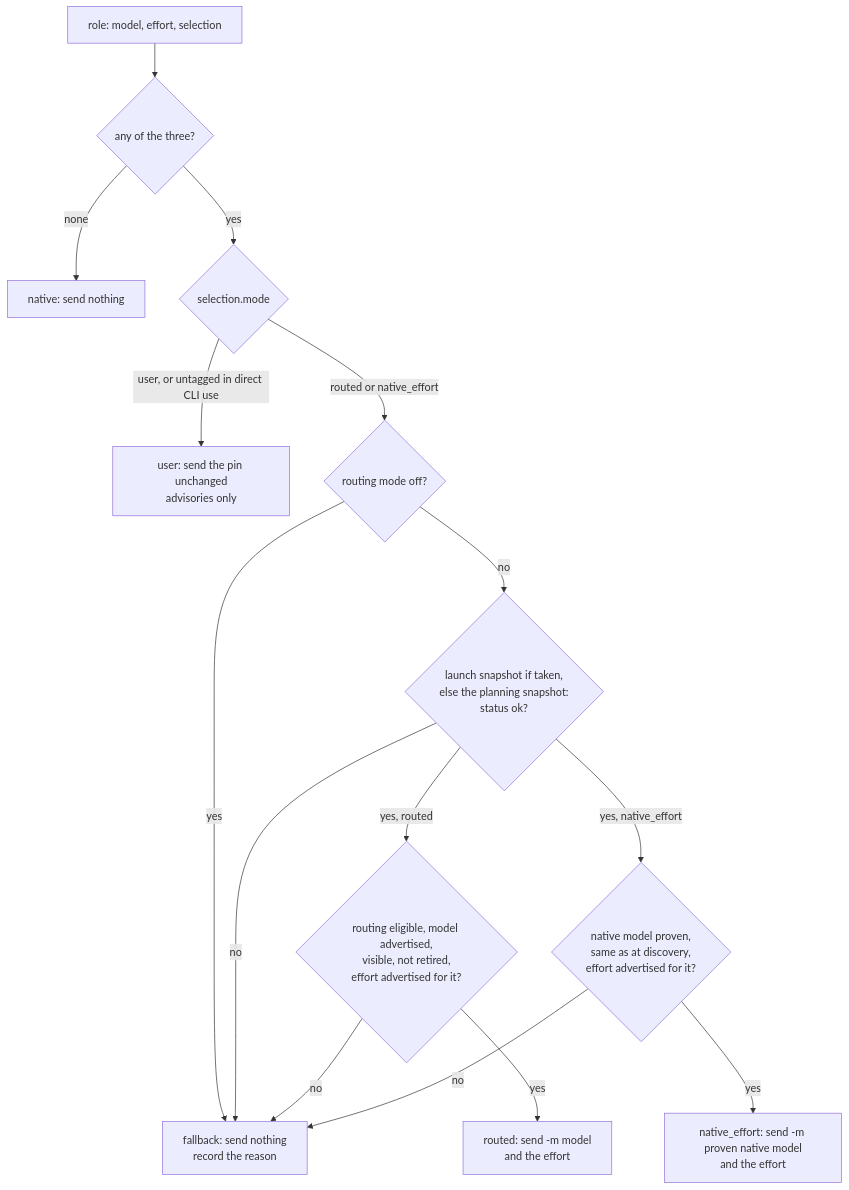
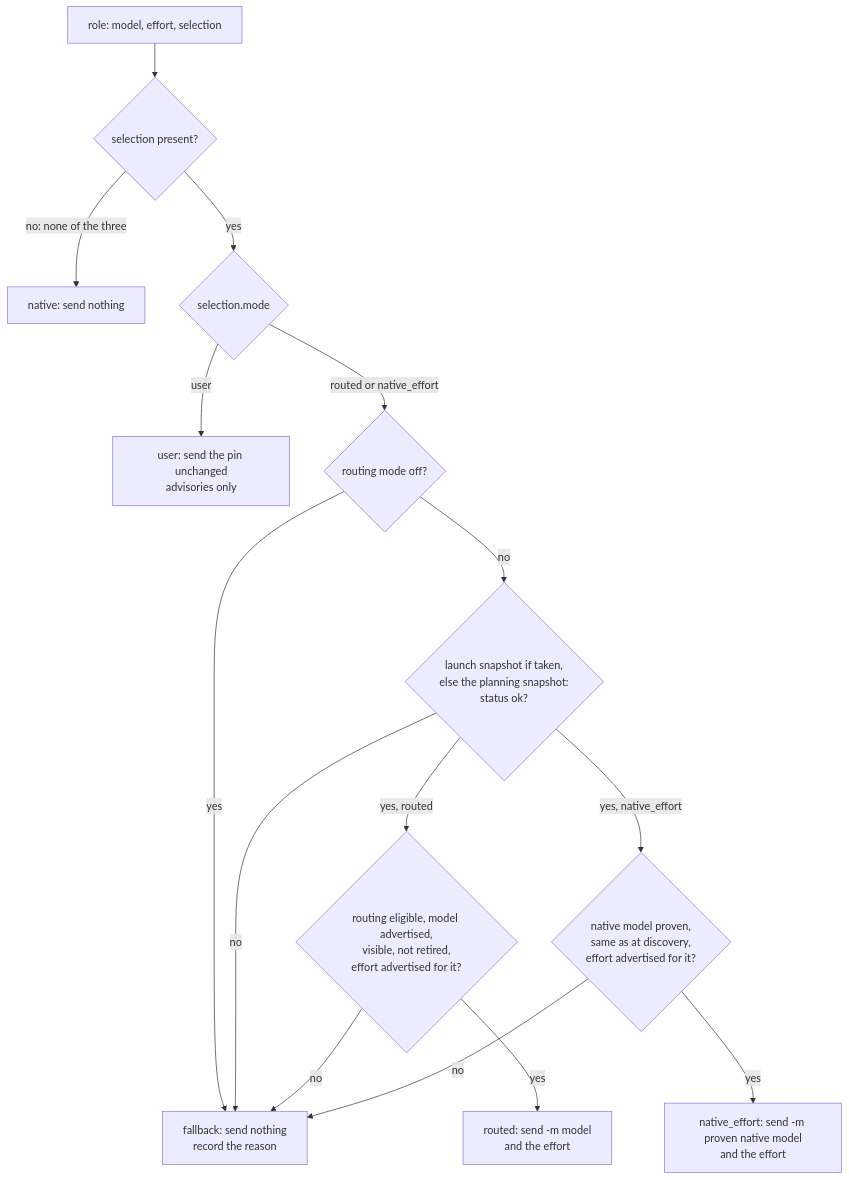
One commit to ehzawad/codex-council changed the fourth of 6 diagrams in DESIGN.md. Above: the diagram before and after it, drawn with Mermaid. The commit also changed other lines of this file and 23 other files, not shown here.

````diff
--- a/DESIGN.md
+++ b/DESIGN.md
@@ -862,17 +846,17 @@
 ```mermaid
 flowchart TD
-    Role["role: model, effort, selection"] --> Any{"any of the three?"}
-    Any -->|"none"| Native["native: send nothing"]
+    Role["role: model, effort, selection"] --> Any{"selection present?"}
+    Any -->|"no: none of the three"| Native["native: send nothing"]
     Any -->|"yes"| Mode{"selection.mode"}
-    Mode -->|"user, or untagged in direct CLI use"| User["user: send the pin unchanged<br/>advisories only"]
+    Mode -->|"user"| User["user: send the pin unchanged<br/>advisories only"]
     Mode -->|"routed or native_effort"| Off{"routing mode off?"}
     Off -->|"yes"| Fallback["fallback: send nothing<br/>record the reason"]
     Off -->|"no"| Evidence{"launch snapshot if taken,<br/>else the planning snapshot:<br/>status ok?"}
     Evidence -->|"no"| Fallback
     Evidence -->|"yes, routed"| Pair{"routing eligible, model advertised,<br/>visible, not retired,<br/>effort advertised for it?"}
     Evidence -->|"yes, native_effort"| NativeProof{"native model proven,<br/>same as at discovery,<br/>effort advertised for it?"}
     Pair -->|"yes"| Routed["routed: send -m model<br/>and the effort"]
     Pair -->|"no"| Fallback
     NativeProof -->|"yes"| NativeEffort["native_effort: send -m proven native model<br/>and the effort"]
     NativeProof -->|"no"| Fallback
 ```
````
